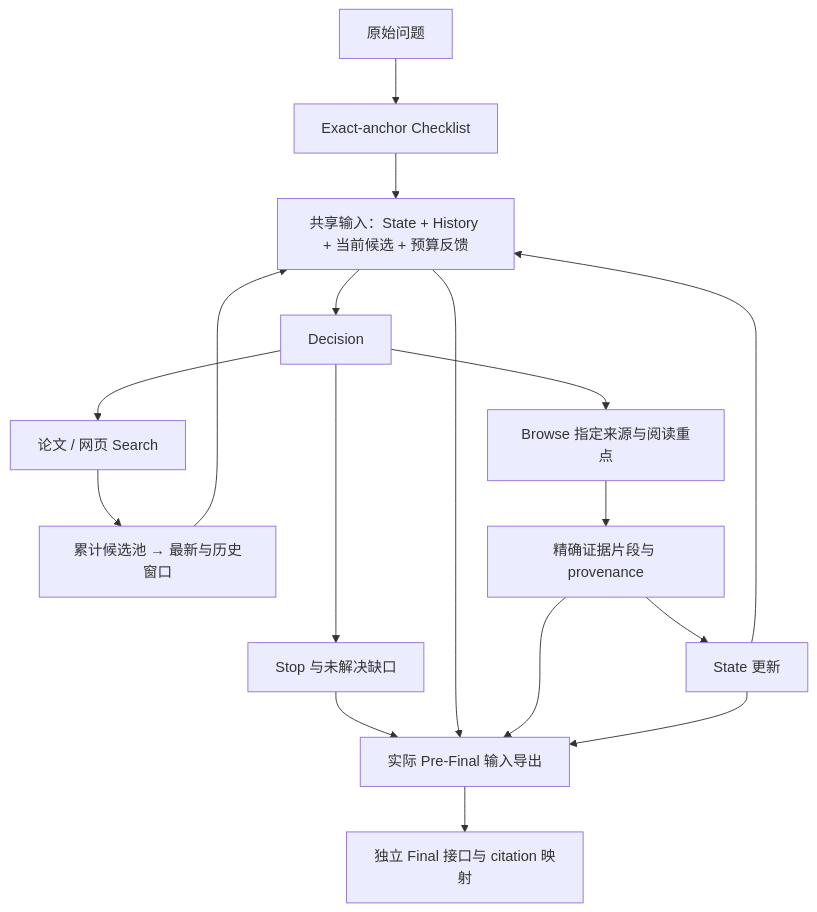
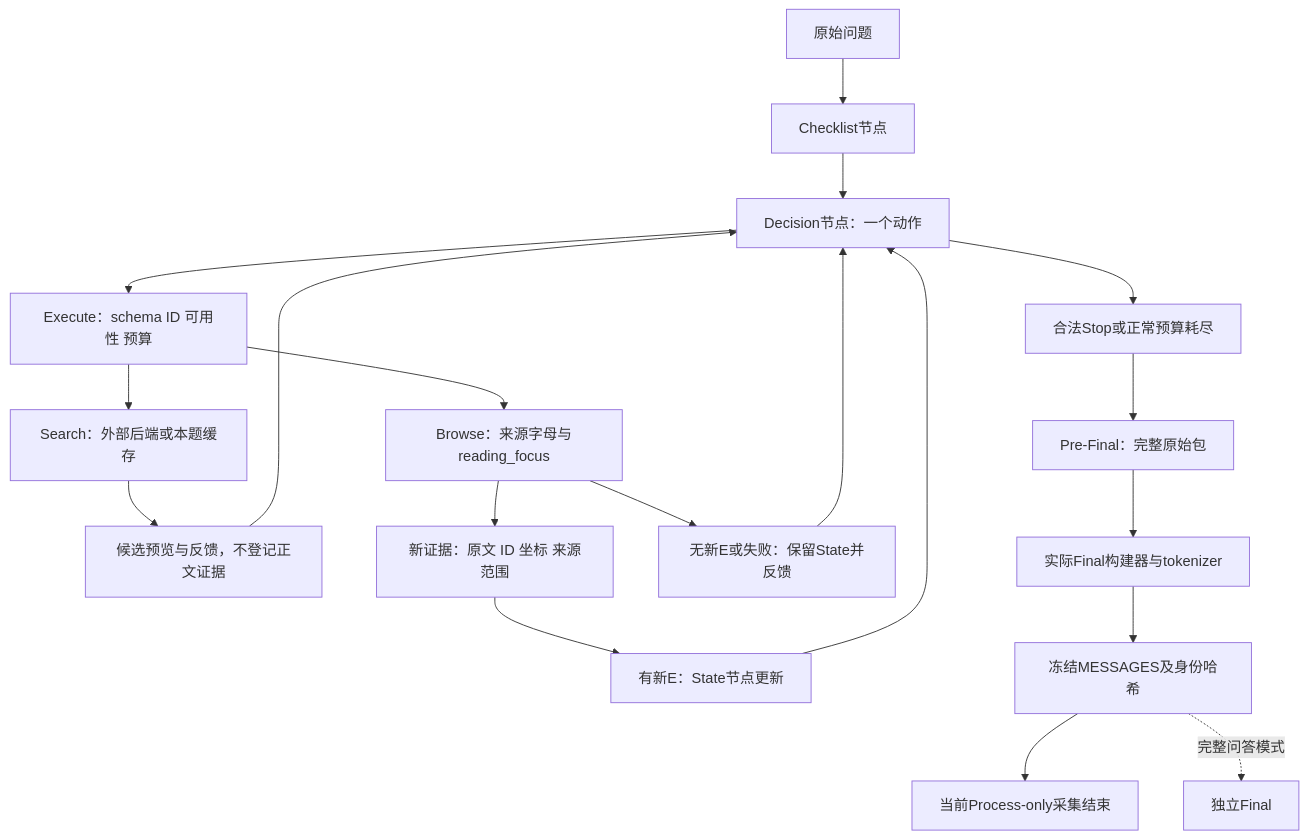
Before and after one commit to MaSunKing/medical-research-agent-grpo: the diagram in docs/architecture.md, drawn with Mermaid. The commit also changed other lines of this file and 10 other files, not shown here.

Commit message:
docs: align version three and engineering diagrams with current Process runtime

````diff
--- a/docs/architecture.md
+++ b/docs/architecture.md
@@ -7,19 +9,21 @@
 ```mermaid
 flowchart TB
-    Question[原始问题] --> Checklist[Exact-anchor Checklist]
-    Checklist --> Context[共享输入：State + History + 当前候选 + 预算反馈]
-    Context --> Policy[Decision]
-    Policy --> Search[论文 / 网页 Search]
-    Search --> Candidates[累计候选池 → 最新与历史窗口]
-    Candidates --> Context
-    Policy --> Browse[Browse 指定来源与阅读重点]
-    Browse --> Evidence[精确证据片段与 provenance]
-    Evidence --> State[State 更新]
-    State --> Context
-    Policy --> Stop[Stop 与未解决缺口]
-    Stop --> Export[实际 Pre-Final 输入导出]
-    Context --> Export
-    Evidence --> Export
-    State --> Export
-    Export --> Final[独立 Final 接口与 citation 映射]
+    Q[原始问题] --> C[Checklist节点]
+    C --> D[Decision节点：一个动作]
+    D --> X[Execute：schema ID 可用性 预算]
+    X --> S[Search：外部后端或本题缓存]
+    S --> P[候选预览与反馈，不登记正文证据]
+    P --> D
+    X --> B[Browse：来源字母与reading_focus]
+    B --> E[新证据：原文 ID 坐标 来源范围]
+    E --> U[有新E：State节点更新]
+    U --> D
+    B --> N[无新E或失败：保留State并反馈]
+    N --> D
+    D --> Stop[合法Stop或正常预算耗尽]
+    Stop --> Raw[Pre-Final：完整原始包]
+    Raw --> Pack[实际Final构建器与tokenizer]
+    Pack --> Frozen[冻结MESSAGES及身份哈希]
+    Frozen --> End[当前Process-only采集结束]
+    Frozen -. 完整问答模式 .-> F[独立Final]
 ```
````
